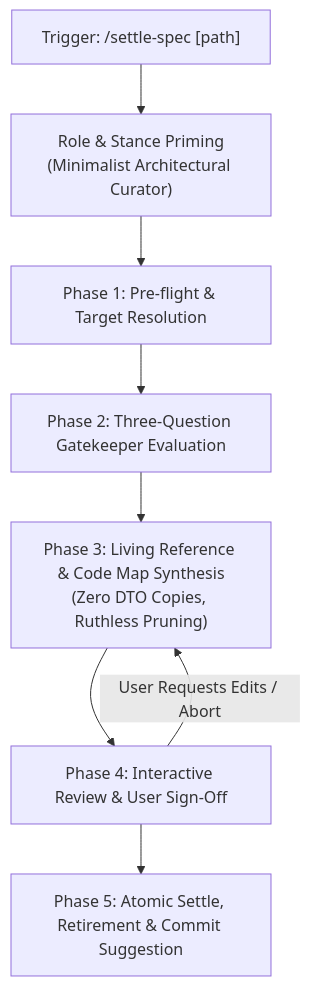
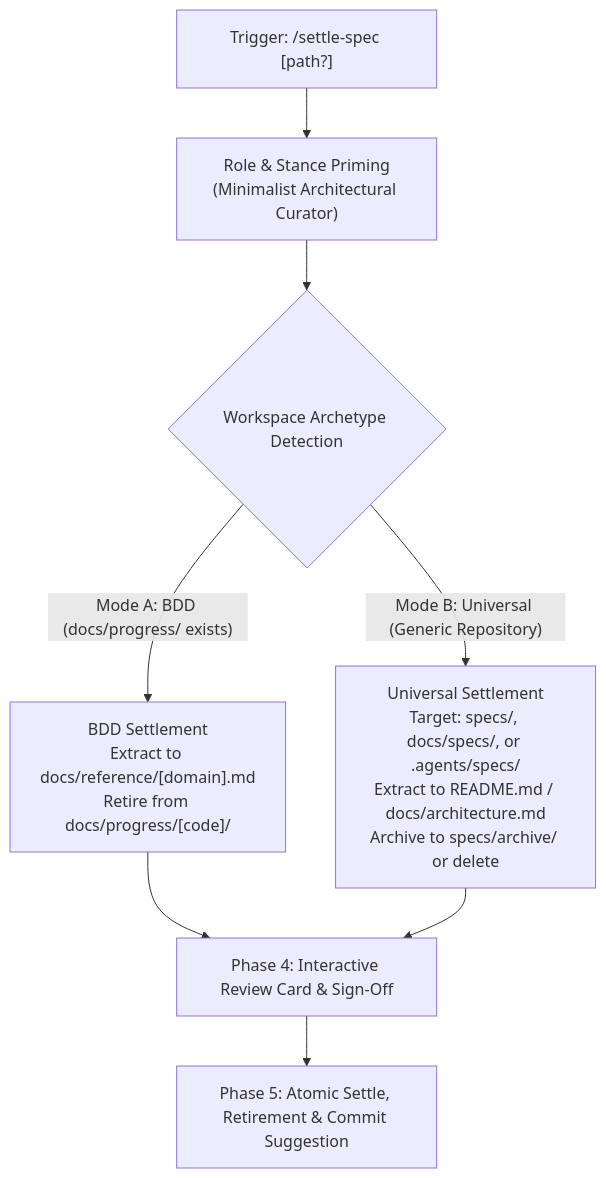
One commit to josudoey/skills changed the second of 6 diagrams in docs/reference/workflow-governance.md. Above: the diagram before and after it, drawn with Mermaid. The commit also changed other lines of this file and 3 other files, not shown here.

Commit message:
feat(settle-spec): add universal mode support and settle spec into living reference

````diff
--- a/docs/reference/workflow-governance.md
+++ b/docs/reference/workflow-governance.md
@@ -237,11 +243,13 @@
 ```mermaid
 flowchart TD
-    Trigger["Trigger: /settle-spec [path]"] --> Stance["Role & Stance Priming\n(Minimalist Architectural Curator)"]
-    Stance --> P1["Phase 1: Pre-flight & Target Resolution"]
-    P1 --> P2["Phase 2: Three-Question Gatekeeper Evaluation"]
-    P2 --> P3["Phase 3: Living Reference & Code Map Synthesis\n(Zero DTO Copies, Ruthless Pruning)"]
-    P3 --> P4["Phase 4: Interactive Review & User Sign-Off"]
-    P4 --> P5["Phase 5: Atomic Settle, Retirement & Commit Suggestion"]
-
-    P4 -->|"User Requests Edits / Abort"| P3
+    Trigger["Trigger: /settle-spec [path?]"] --> Stance["Role & Stance Priming\n(Minimalist Architectural Curator)"]
+    Stance --> Detect{"Workspace Archetype Detection"}
+    
+    Detect -- "Mode A: BDD (docs/progress/ exists)" --> SettleBDD["BDD Settlement\nExtract to docs/reference/[domain].md\nRetire from docs/progress/[code]/"]
+    
+    Detect -- "Mode B: Universal (Generic Repository)" --> SettleUni["Universal Settlement\nTarget: specs/, docs/specs/, or .agents/specs/\nExtract to README.md / docs/architecture.md\nArchive to specs/archive/ or delete"]
+    
+    SettleBDD --> Review["Phase 4: Interactive Review Card & Sign-Off"]
+    SettleUni --> Review
+    Review --> Execute["Phase 5: Atomic Settle, Retirement & Commit Suggestion"]
 ```
````
